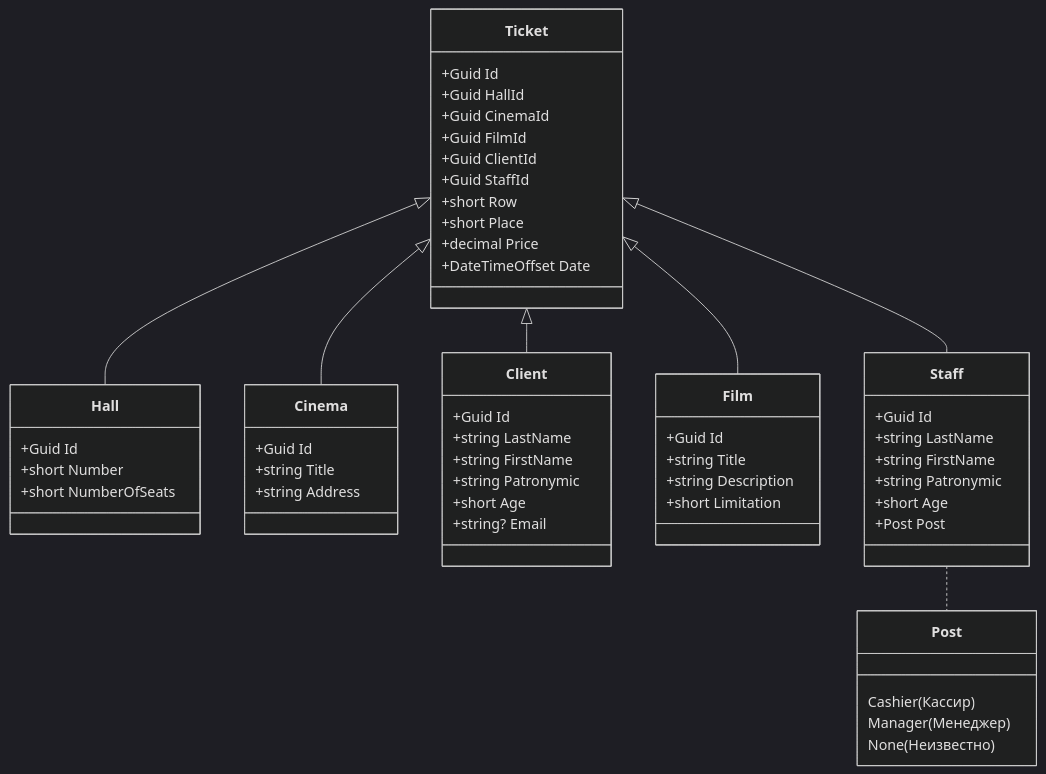
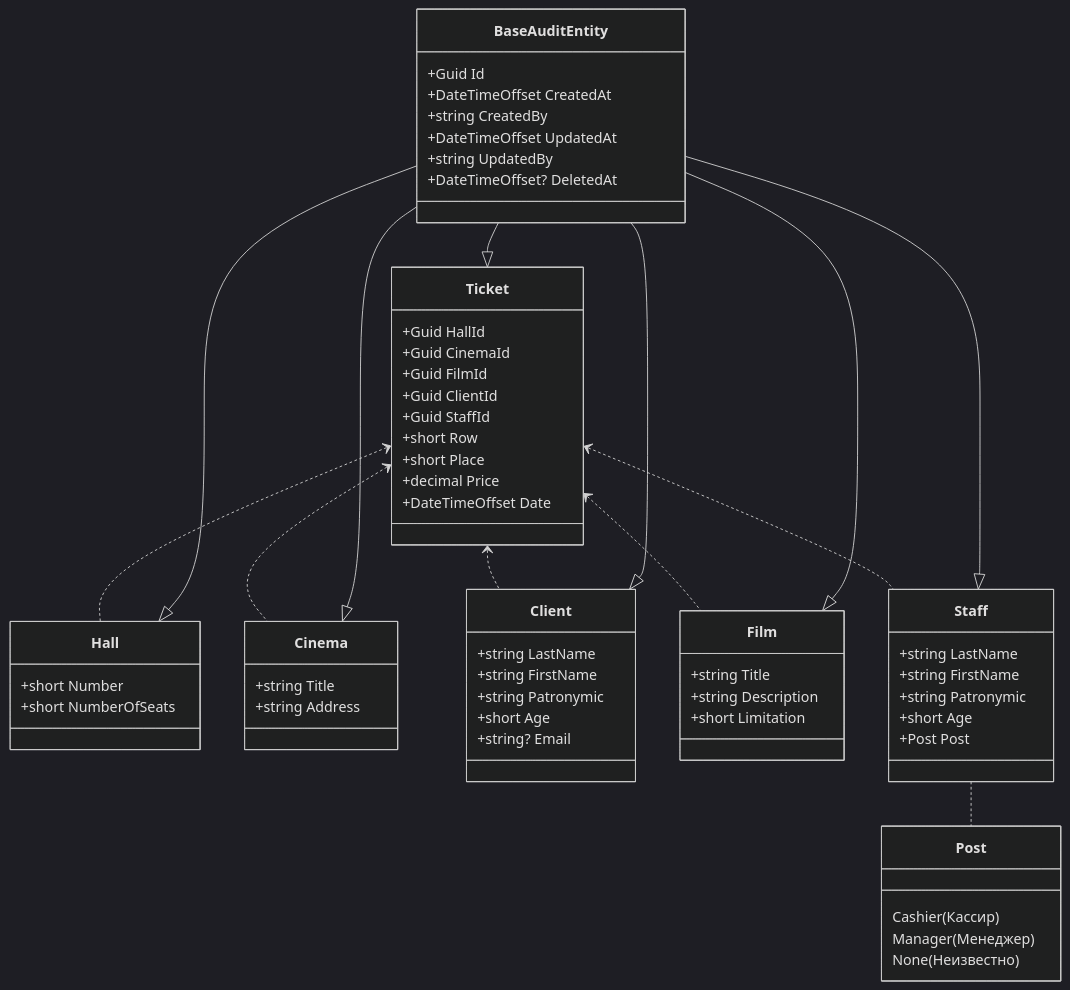
Before and after one commit to DenchikSlaziet/TicketSelling-API: the diagram in README.md, drawn with Mermaid (dark theme).

````diff
--- a/README.md
+++ b/README.md
@@ -4,60 +4,68 @@
 ```mermaid
     classDiagram
-    Ticket <|-- Hall
-    Ticket <|-- Cinema
-    Ticket <|-- Client
-    Ticket <|-- Film
-    Ticket <|-- Staff
+    Ticket <.. Hall
+    Ticket <.. Cinema
+    Ticket <.. Client
+    Ticket <.. Film
+    Ticket <.. Staff
     Staff .. Post
+    BaseAuditEntity --|> Hall
+    BaseAuditEntity --|> Cinema
+    BaseAuditEntity --|> Client
+    BaseAuditEntity --|> Film
+    BaseAuditEntity --|> Ticket
+    BaseAuditEntity --|> Staff
     class Hall{
-        +Guid Id
         +short Number
         +short NumberOfSeats
     }
     class Cinema{
-        +Guid Id
         +string Title
         +string Address
     }
     class Client {
-        +Guid Id
         +string LastName
         +string FirstName
         +string Patronymic
         +short Age
         +string? Email
     }
     class Film {
-        +Guid Id
         +string Title
         +string Description
         +short Limitation
     }
 
     class Staff {
-        +Guid Id
         +string LastName
         +string FirstName
         +string Patronymic
         +short Age
         +Post Post
     }
     class Ticket {
-        +Guid Id 
         +Guid HallId 
         +Guid CinemaId
         +Guid FilmId
         +Guid ClientId
         +Guid StaffId
         +short Row
         +short Place
         +decimal Price
         +DateTimeOffset Date
     }
     class Post{
         Cashier(Кассир)
         Manager(Менеджер)
         None(Неизвестно)
     }
+    class BaseAuditEntity {
+        +Guid Id
+        +DateTimeOffset CreatedAt
+        +string CreatedBy
+        +DateTimeOffset UpdatedAt
+        +string UpdatedBy
+        +DateTimeOffset? DeletedAt
+    }
 
 ```
````
